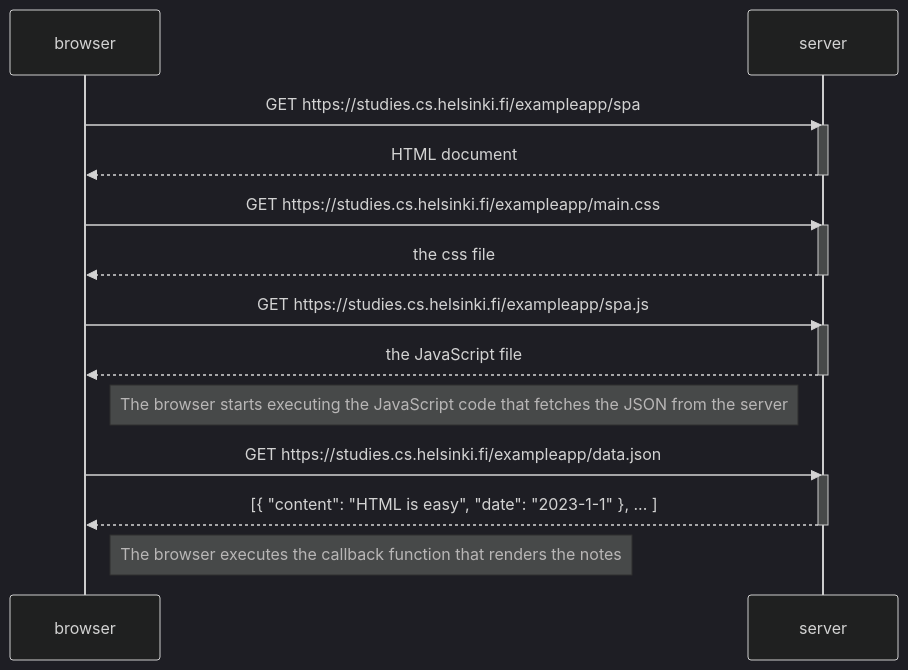
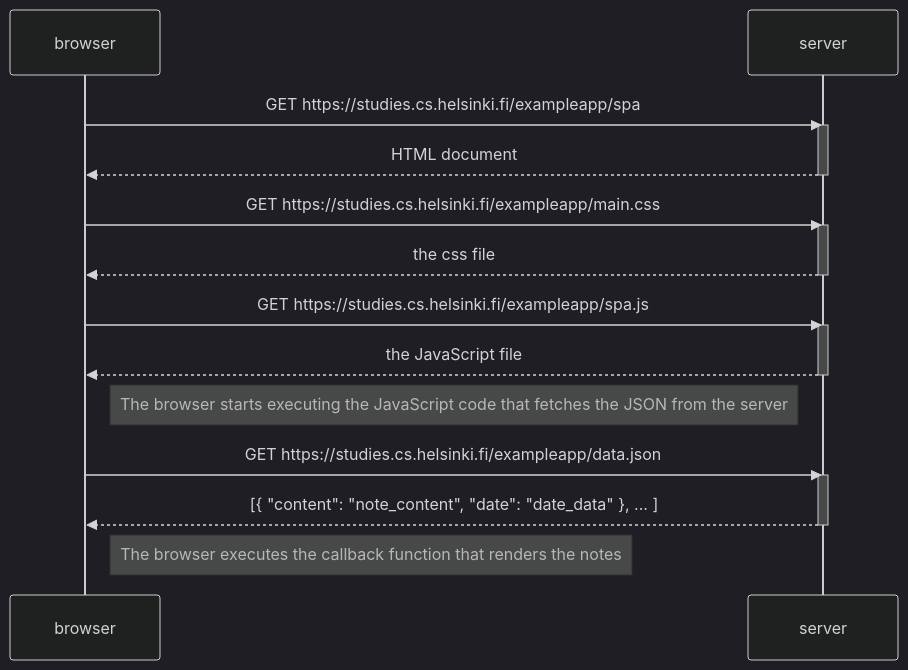
The diagram in task_0_5.md (Gr701/intro), drawn with Mermaid (dark theme) before and after one commit.

````diff
--- a/task_0_5.md
+++ b/task_0_5.md
@@ -1,26 +1,26 @@
 ```mermaid
     sequenceDiagram
         browser->>server: GET https://studies.cs.helsinki.fi/exampleapp/spa
         activate server
         server-->>browser: HTML document
         deactivate server
     
         browser->>server: GET https://studies.cs.helsinki.fi/exampleapp/main.css
         activate server
         server-->>browser: the css file
         deactivate server
     
         browser->>server: GET https://studies.cs.helsinki.fi/exampleapp/spa.js
         activate server
         server-->>browser: the JavaScript file
         deactivate server
     
         Note right of browser: The browser starts executing the JavaScript code that fetches the JSON from the server
     
         browser->>server: GET https://studies.cs.helsinki.fi/exampleapp/data.json
         activate server
-        server-->>browser: [{ "content": "HTML is easy", "date": "2023-1-1" }, ... ]
+        server-->>browser: [{ "content": "note_content", "date": "date_data" }, ... ]
         deactivate server
     
         Note right of browser: The browser executes the callback function that renders the notes
 ```
````
